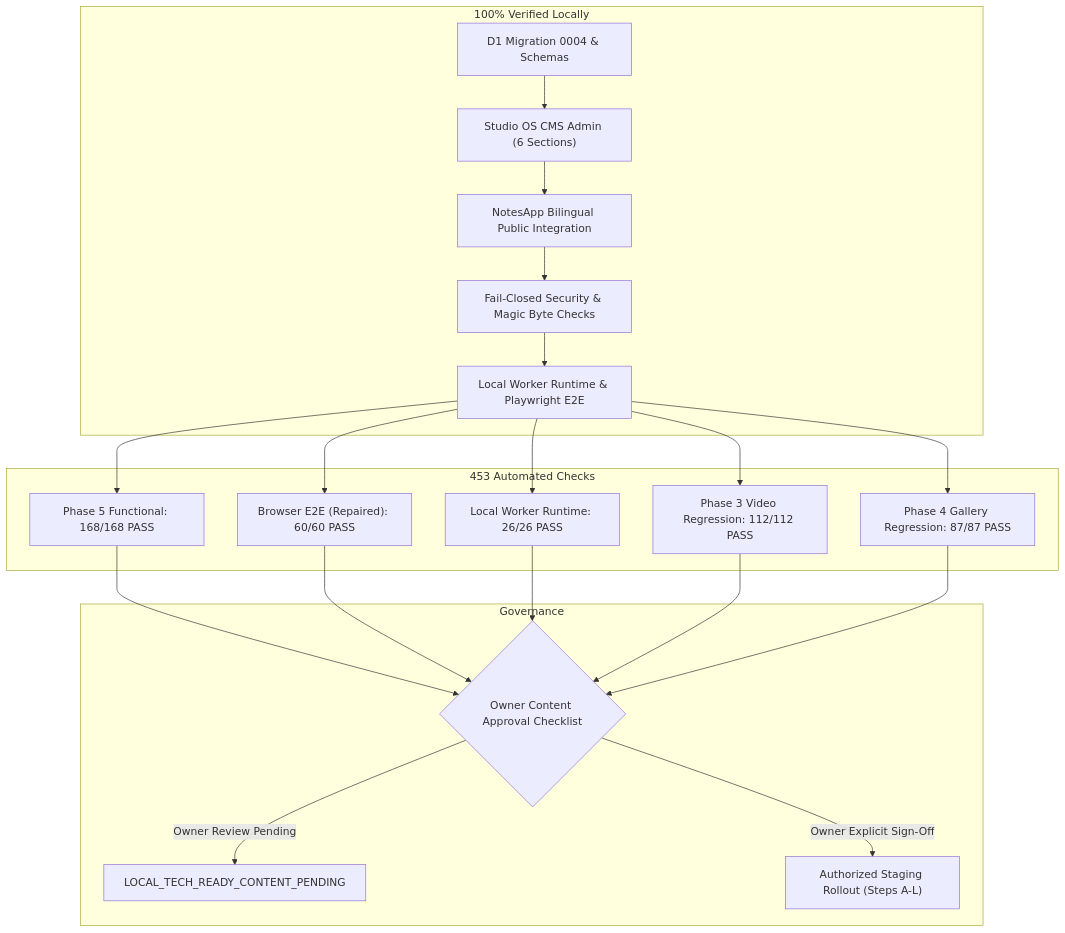
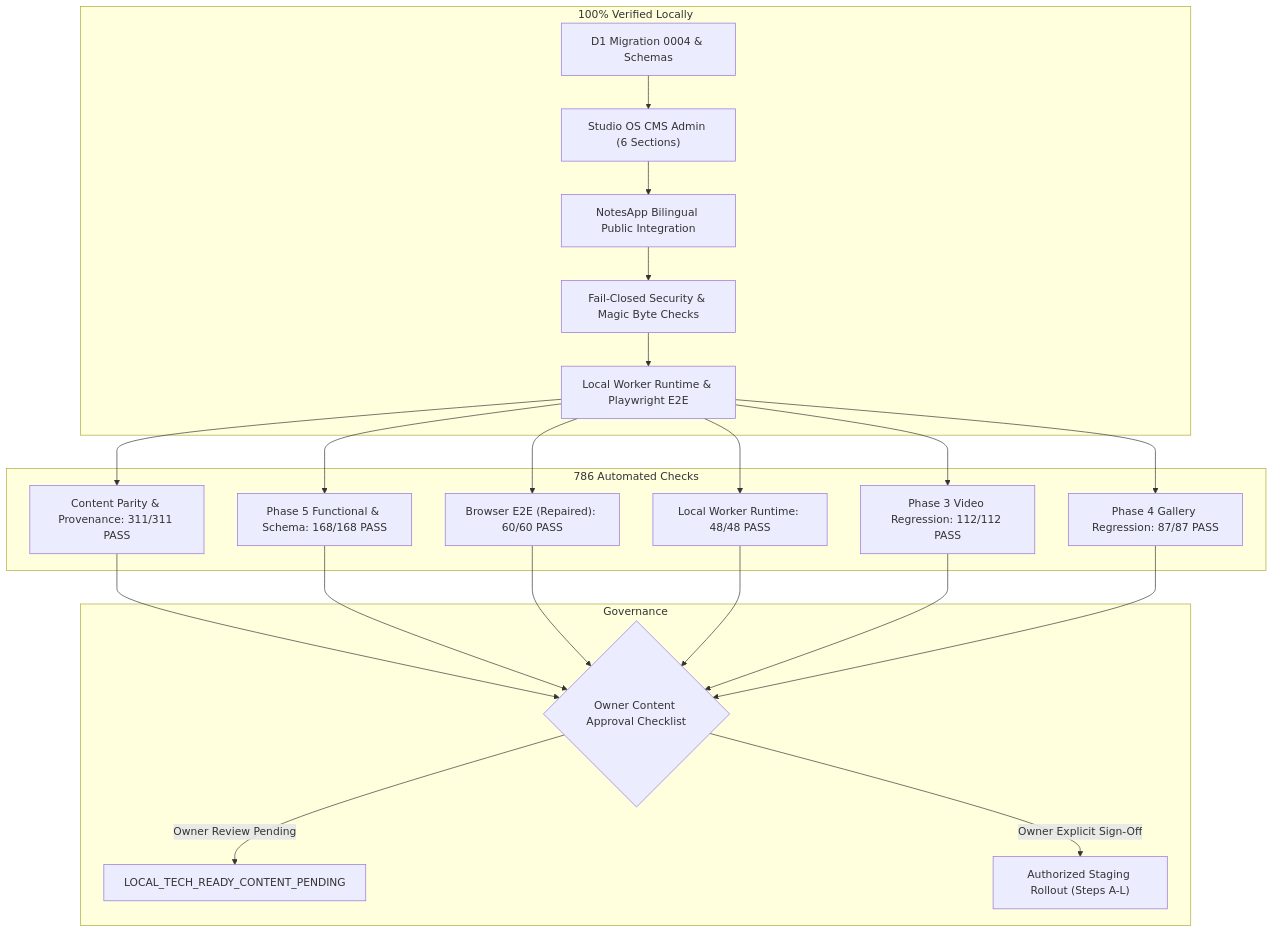
The diagram in docs/reviews/PORTFOLIO_OS_PHASE5_2_RELEASE_READINESS.md (eigengraun/kerem-mihci-portfolio), drawn with Mermaid before and after one commit. The commit also changed other lines of this file and 21 other files, not shown here.

Commit message:
feat(phase5.2): finalize content provenance, hardened runbook & local gate review

````diff
--- a/docs/reviews/PORTFOLIO_OS_PHASE5_2_RELEASE_READINESS.md
+++ b/docs/reviews/PORTFOLIO_OS_PHASE5_2_RELEASE_READINESS.md
@@ -18,23 +18,24 @@
 ```mermaid
 flowchart TD
     subgraph Local Technical Readiness [100% Verified Locally]
         A["D1 Migration 0004 & Schemas"] --> B["Studio OS CMS Admin (6 Sections)"]
         B --> C["NotesApp Bilingual Public Integration"]
         C --> D["Fail-Closed Security & Magic Byte Checks"]
         D --> E["Local Worker Runtime & Playwright E2E"]
     end
 
-    subgraph Verification Battery [453 Automated Checks]
-        E --> F["Phase 5 Functional: 168/168 PASS"]
-        E --> G["Browser E2E (Repaired): 60/60 PASS"]
-        E --> H["Local Worker Runtime: 26/26 PASS"]
-        E --> I["Phase 3 Video Regression: 112/112 PASS"]
-        E --> J["Phase 4 Gallery Regression: 87/87 PASS"]
+    subgraph Verification Battery [786 Automated Checks]
+        E --> F["Content Parity & Provenance: 311/311 PASS"]
+        E --> G["Phase 5 Functional & Schema: 168/168 PASS"]
+        E --> H["Browser E2E (Repaired): 60/60 PASS"]
+        E --> I["Local Worker Runtime: 48/48 PASS"]
+        E --> J["Phase 3 Video Regression: 112/112 PASS"]
+        E --> K["Phase 4 Gallery Regression: 87/87 PASS"]
     end
 
     subgraph Content Approval Gate [Governance]
-        F & G & H & I & J --> K{"Owner Content Approval Checklist"}
-        K -->|Owner Review Pending| L["LOCAL_TECH_READY_CONTENT_PENDING"]
-        K -->|Owner Explicit Sign-Off| M["Authorized Staging Rollout (Steps A-L)"]
+        F & G & H & I & J & K --> L{"Owner Content Approval Checklist"}
+        L -->|Owner Review Pending| M["LOCAL_TECH_READY_CONTENT_PENDING"]
+        L -->|Owner Explicit Sign-Off| N["Authorized Staging Rollout (Steps A-L)"]
     end
 ```
````
